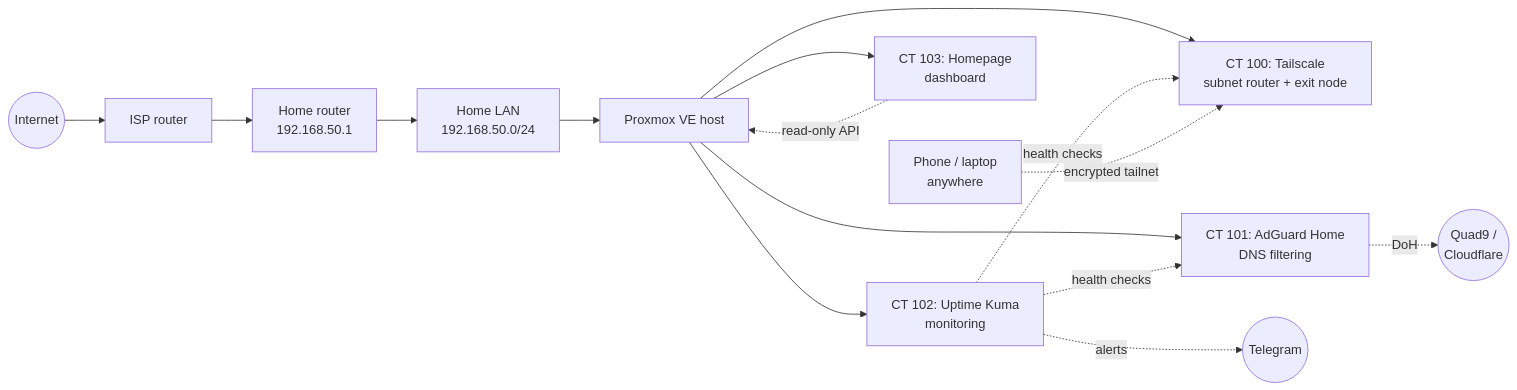
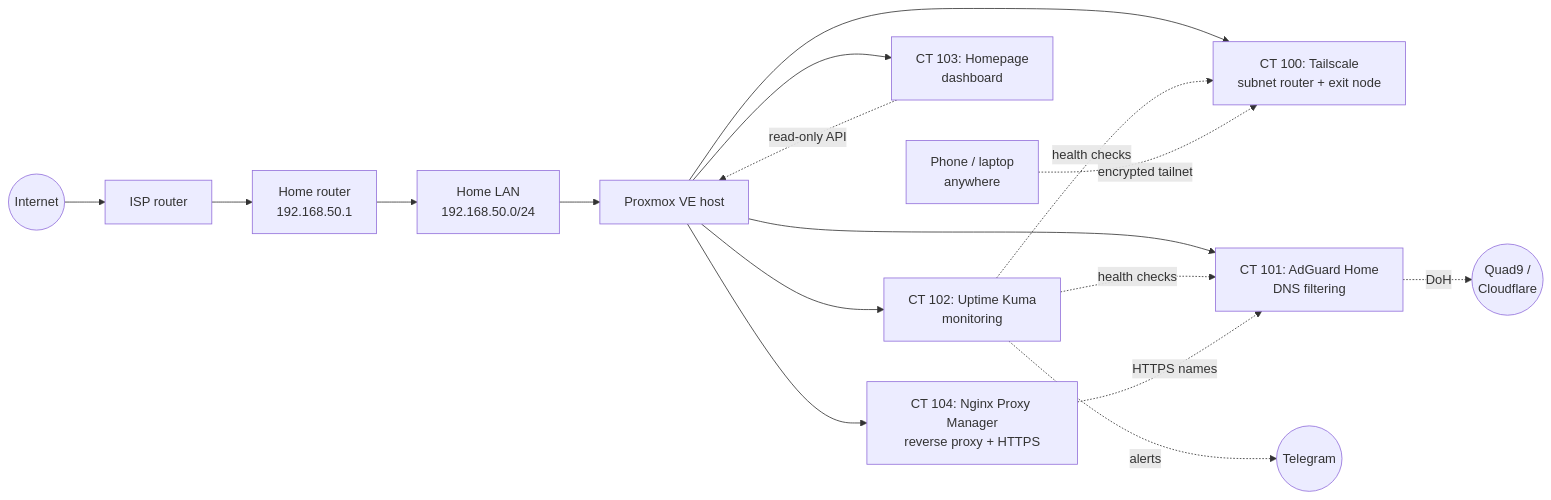
Before and after one commit to faidalani/homelab: the diagram in README.md, drawn with Mermaid. The commit also changed other lines of this file and 33 other files, not shown here.

First line of the commit message:
05-nginx-proxy-manager: HTTPS for every lab service

````diff
--- a/README.md
+++ b/README.md
@@ -26,17 +27,19 @@
 ```mermaid
 flowchart LR
     Internet((Internet)) --> ISP[ISP router]
     ISP --> RTR[Home router<br/>192.168.50.1]
     RTR --> LAN[Home LAN<br/>192.168.50.0/24]
     LAN --> PVE[Proxmox VE host]
     PVE --> TS[CT 100: Tailscale<br/>subnet router + exit node]
     PVE --> AG[CT 101: AdGuard Home<br/>DNS filtering]
     AG -. DoH .-> DNS((Quad9 /<br/>Cloudflare))
     PVE --> UK[CT 102: Uptime Kuma<br/>monitoring]
     UK -. health checks .-> TS
     UK -. health checks .-> AG
     UK -. alerts .-> TG((Telegram))
     PVE --> HP[CT 103: Homepage<br/>dashboard]
     HP -. read-only API .-> PVE
+    PVE --> NPM[CT 104: Nginx Proxy Manager<br/>reverse proxy + HTTPS]
+    NPM -. HTTPS names .-> AG
     Remote[Phone / laptop<br/>anywhere] -. encrypted tailnet .-> TS
 ```
````
